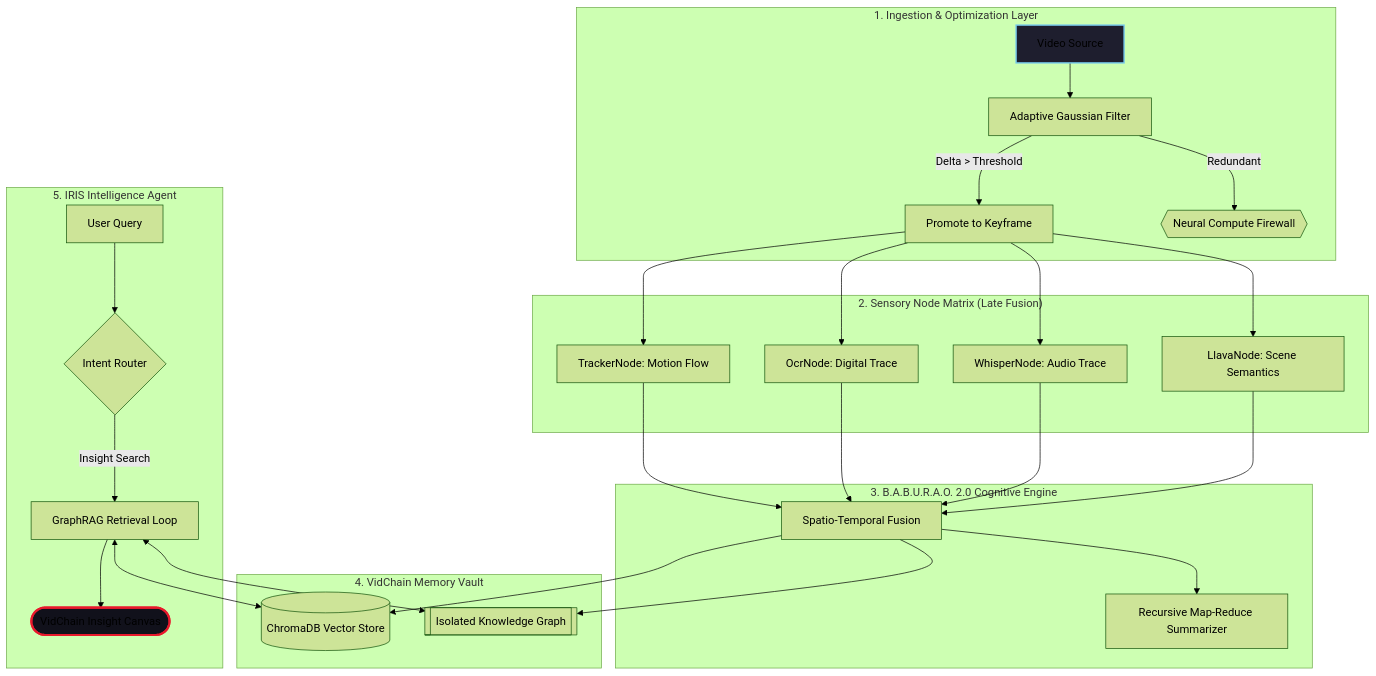
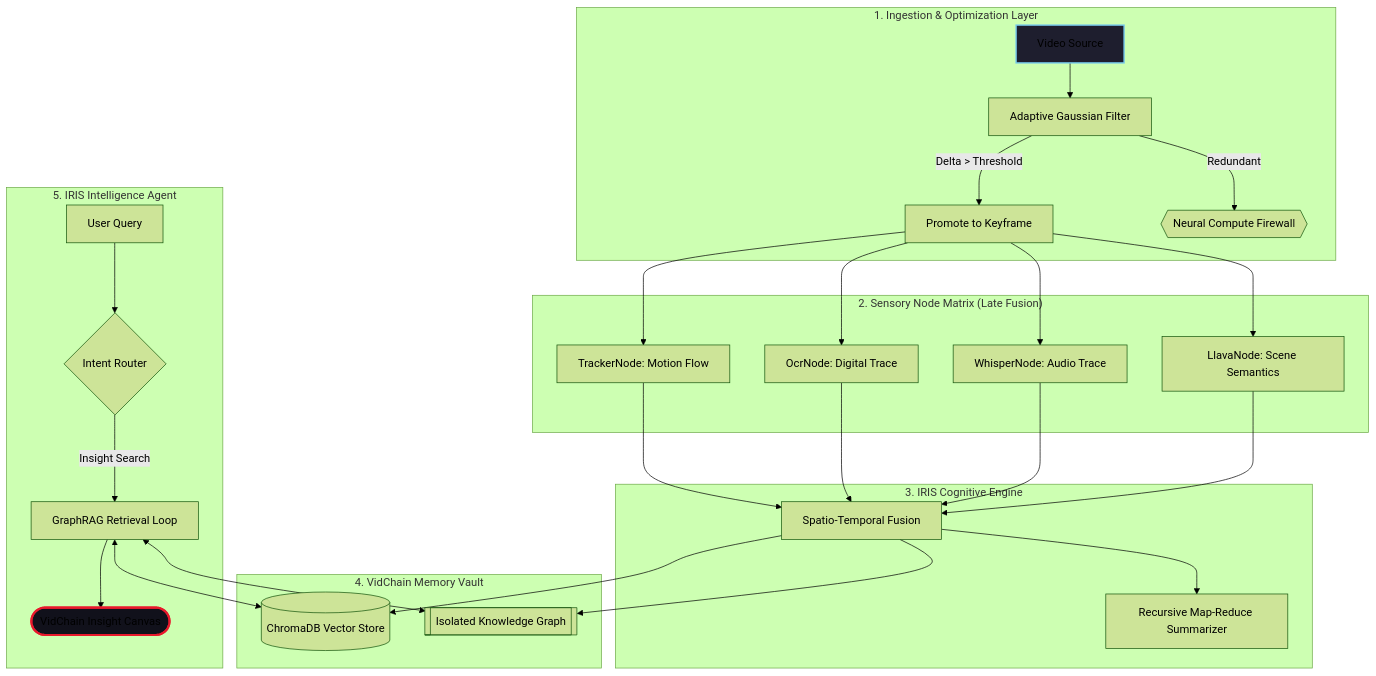
The diagram in README.md (rahulsiiitm/videochain-python), drawn with Mermaid (forest theme) before and after one commit. The commit also changed other lines of this file and 12 other files, not shown here.

````diff
--- a/README.md
+++ b/README.md
@@ -14,41 +14,41 @@
 ```mermaid
 graph TD
     %% --- Ingestion Stage ---
     subgraph "1. Ingestion & Optimization Layer"
         VS[Video Source] --> AK[Adaptive Gaussian Filter]
         AK -- "Delta > Threshold" --> PK[Promote to Keyframe]
         AK -- "Redundant" --> DROP{{Neural Compute Firewall}}
     end
 
     %% --- Inference Stage ---
     subgraph "2. Sensory Node Matrix (Late Fusion)"
         PK --> VLM[LlavaNode: Scene Semantics]
         PK --> ASR[WhisperNode: Audio Trace]
         PK --> OCR[OcrNode: Digital Trace]
         PK --> TRK[TrackerNode: Motion Flow]
     end
 
     %% --- Intelligence Logic ---
-    subgraph "3. B.A.B.U.R.A.O. 2.0 Cognitive Engine"
+    subgraph "3. IRIS Cognitive Engine"
         VLM & ASR & OCR & TRK --> FUSE[Spatio-Temporal Fusion]
         FUSE --> RDN[Recursive Map-Reduce Summarizer]
     end
 
     %% --- Persistence ---
     subgraph "4. VidChain Memory Vault"
         FUSE --> KV[(ChromaDB Vector Store)]
         FUSE --> KG[[Isolated Knowledge Graph]]
     end
 
     %% --- Interaction Stage ---
     subgraph "5. IRIS Intelligence Agent"
         USER[User Query] --> IR{Intent Router}
         IR -- "Insight Search" --> RAG[GraphRAG Retrieval Loop]
         RAG <--> KV
         RAG <--> KG
         RAG --> DISCOVERY([VidChain Insight Canvas])
     end
 
     style VS fill:#1e1e2e,stroke:#74c7ec,stroke-width:2px;
     style DISCOVERY fill:#11111b,stroke:#e8192c,stroke-width:3px;
 ```
````
